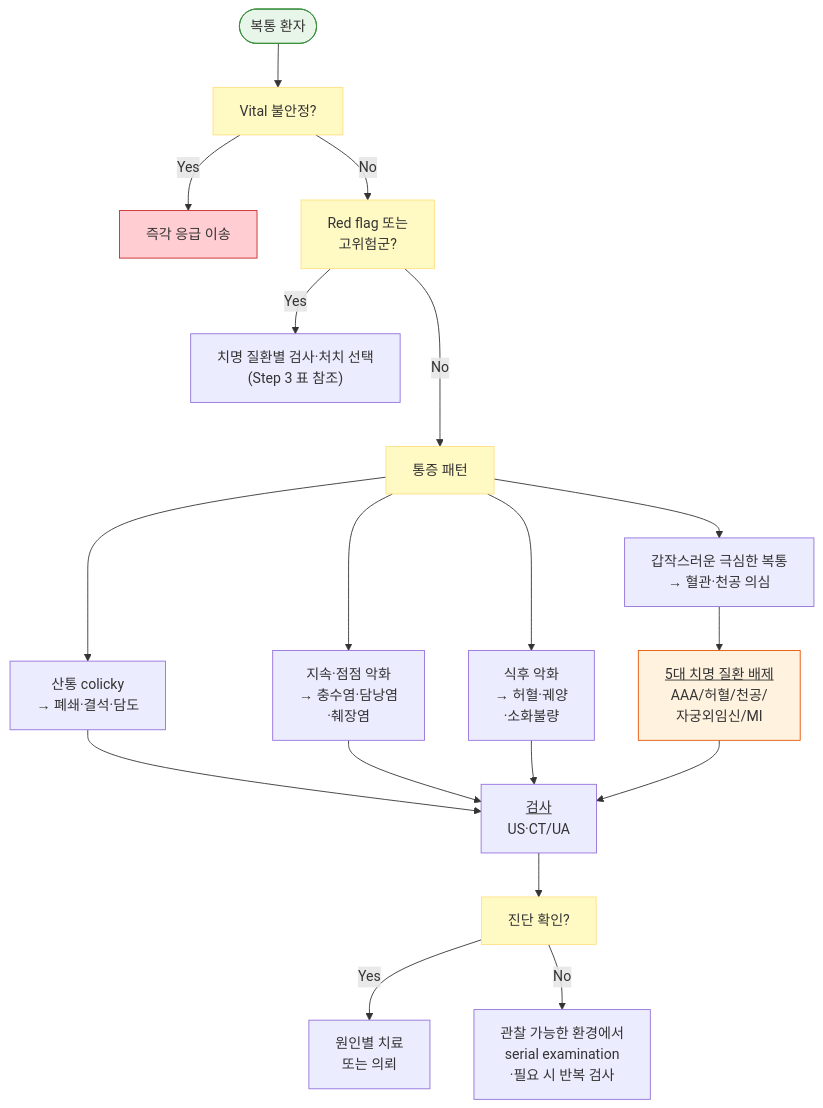
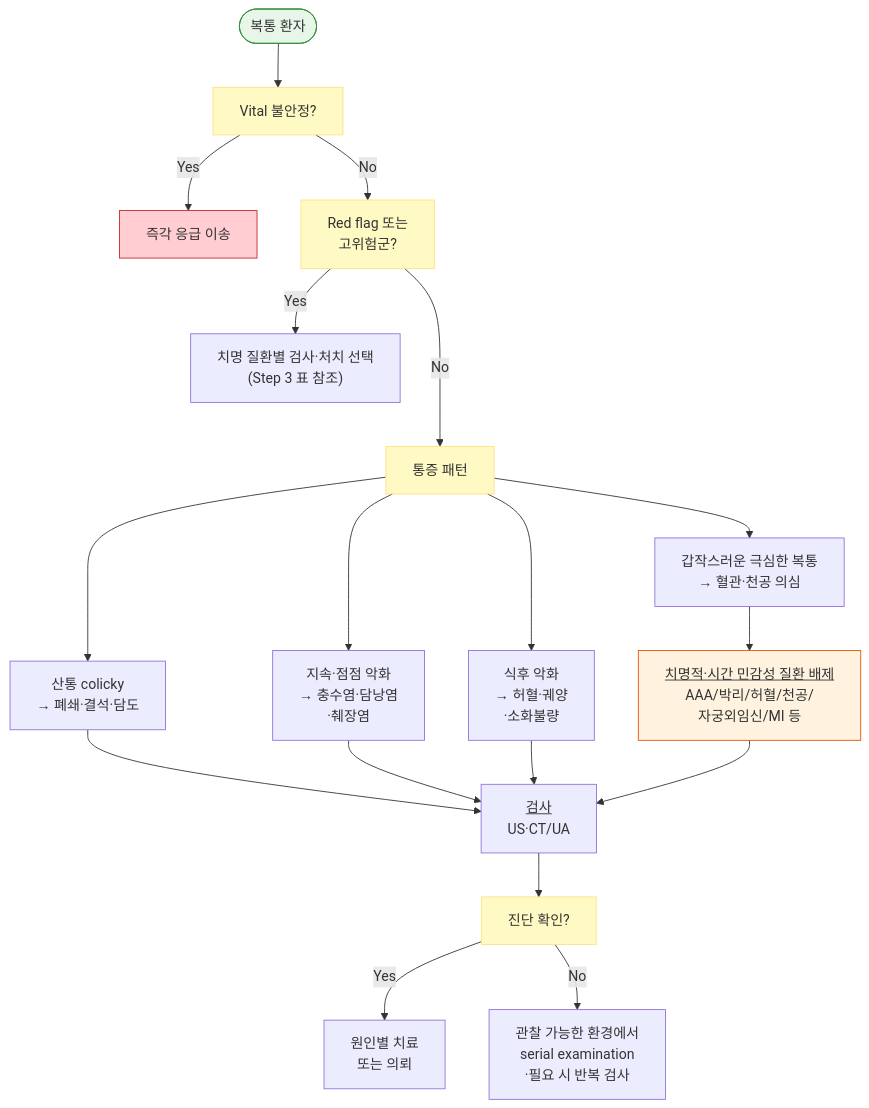
Before and after one commit to familyoh77/familyoh77: the third of 3 diagrams in 220_/003_-abdominal-pain.md, drawn with Mermaid. The commit also changed other lines of this file, not shown here.

````diff
--- a/220_/003_-abdominal-pain.md
+++ b/220_/003_-abdominal-pain.md
@@ -366,29 +373,29 @@
 ```mermaid
-graph TD
+flowchart TD
     A([복통 환자]) --> B["Vital 불안정?"]
     B -- Yes --> C[즉각 응급 이송]
     B -- No --> D["Red flag 또는 <br>고위험군?"]
     D -- Yes --> E["치명 질환별 검사·처치 선택<br>(Step 3 표 참조)"]
     D -- No ---> F["통증 패턴"]
     F --> G["갑작스러운 극심한 복통<br>→ 혈관·천공 의심"]
     F --> H["산통 colicky <br>→ 폐쇄·결석·담도"]
     F --> I["지속·점점 악화 <br>→ 충수염·담낭염<br>·췌장염"]
     F --> J["식후 악화 <br>→ 허혈·궤양<br>·소화불량"]
-    G --> K["<u>5대 치명 질환 배제</u> <br>AAA/허혈/천공/<br>자궁외임신/MI"]
+    G --> K["<u>치명적·시간 민감성 질환 배제</u> <br>AAA/박리/허혈/천공/<br>자궁외임신/MI 등"]
     H --> L["<u>검사</u> <br>US·CT/UA"]
     I --> L
     J --> L
     K --> L
     L --> M["진단 확인?"]
     M -- Yes --> N["원인별 치료 <br>또는 의뢰"]
     M -- No --> O["관찰 가능한 환경에서<br>serial examination<br>·필요 시 반복 검사"]
     classDef startNode fill:#e8f5e9,stroke:#388e3c
     class A startNode
     classDef red fill:#ffcdd2,stroke:#c62828
     class C red
     classDef orangeBox fill:#fff3e0,stroke:#e65100
     class K orangeBox
     classDef yellow fill:#fff9c4,stroke:#ffe082
     class B,D,F,M yellow
 
 ```
````
